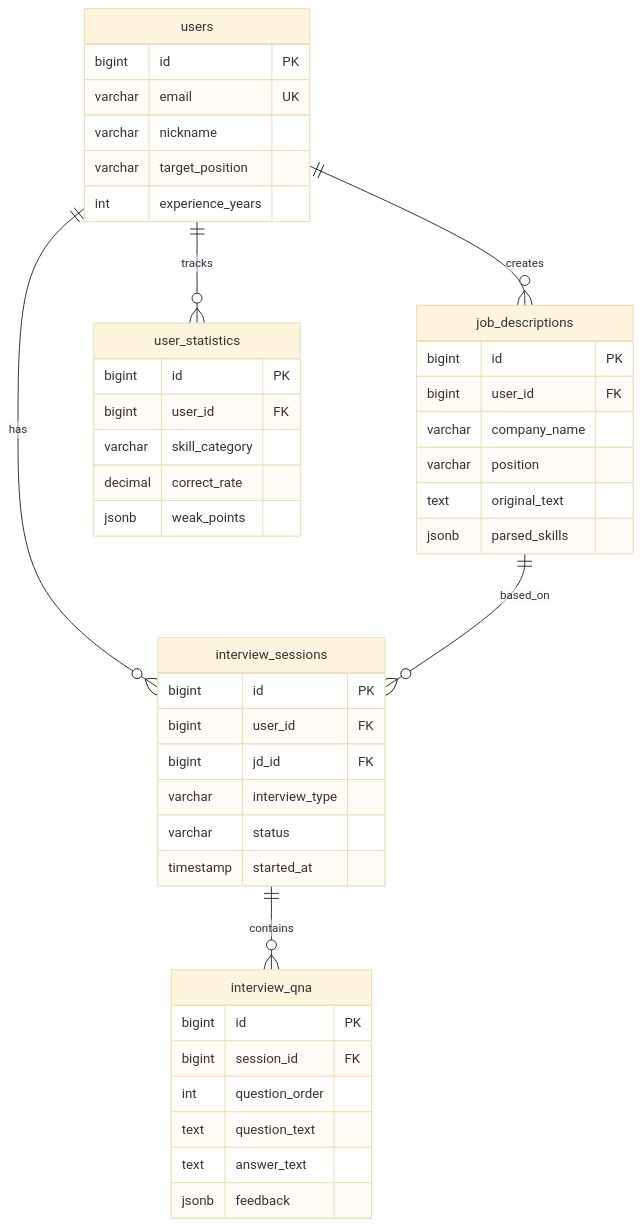
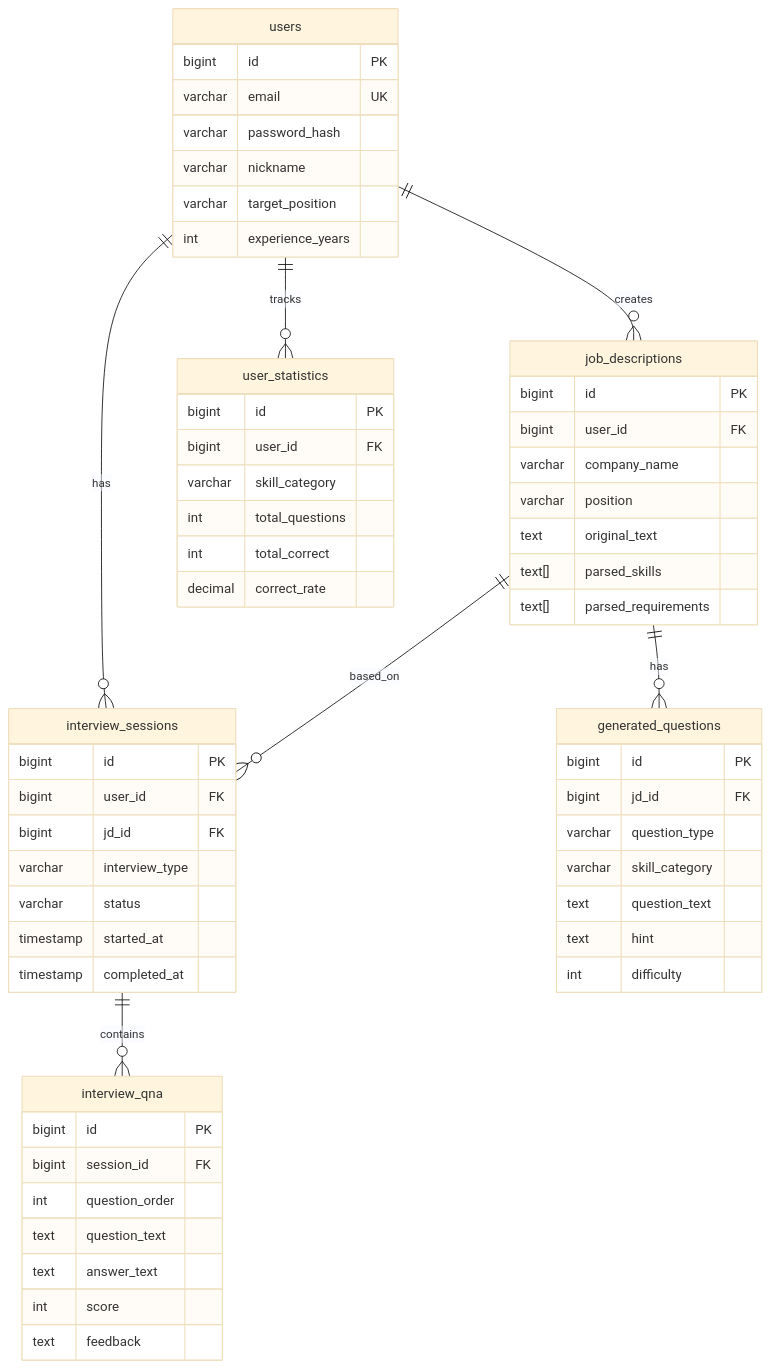
Before and after one commit to jinhyuk9714/interview-coach: the second of 2 diagrams in README.md, drawn with Mermaid (base theme). The commit also changed other lines of this file, not shown here.

````diff
--- a/README.md
+++ b/README.md
@@ -210,51 +302,67 @@
 ```mermaid
 erDiagram
     users ||--o{ job_descriptions : creates
     users ||--o{ interview_sessions : has
+    job_descriptions ||--o{ generated_questions : has
     job_descriptions ||--o{ interview_sessions : based_on
     interview_sessions ||--o{ interview_qna : contains
     users ||--o{ user_statistics : tracks
 
     users {
         bigint id PK
         varchar email UK
+        varchar password_hash
         varchar nickname
         varchar target_position
         int experience_years
     }
 
     job_descriptions {
         bigint id PK
         bigint user_id FK
         varchar company_name
         varchar position
         text original_text
-        jsonb parsed_skills
+        text[] parsed_skills
+        text[] parsed_requirements
+    }
+
+    generated_questions {
+        bigint id PK
+        bigint jd_id FK
+        varchar question_type
+        varchar skill_category
+        text question_text
+        text hint
+        int difficulty
     }
 
     interview_sessions {
         bigint id PK
         bigint user_id FK
         bigint jd_id FK
         varchar interview_type
         varchar status
         timestamp started_at
+        timestamp completed_at
     }
 
     interview_qna {
         bigint id PK
         bigint session_id FK
         int question_order
         text question_text
         text answer_text
-        jsonb feedback
+        int score
+        text feedback
     }
 
     user_statistics {
         bigint id PK
         bigint user_id FK
         varchar skill_category
+        int total_questions
+        int total_correct
         decimal correct_rate
-        jsonb weak_points
     }
 ```
````
